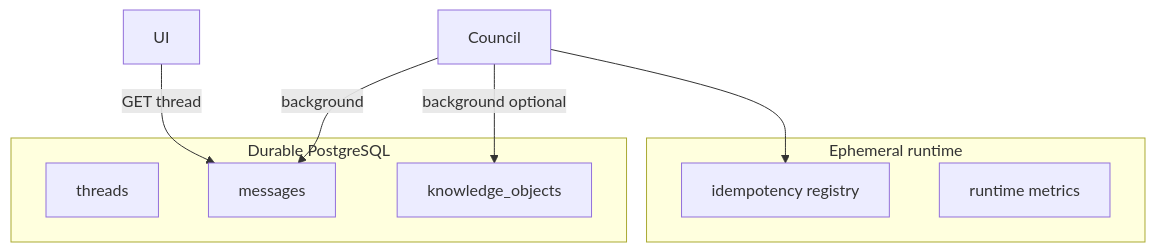
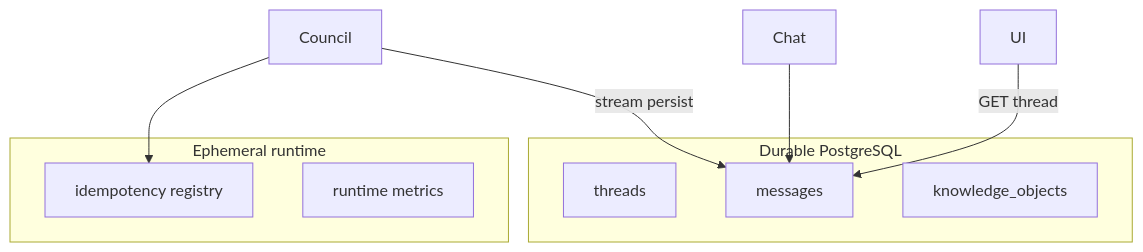
Before and after one commit to mezuzaapp1-code/ben-v2: the third of 4 diagrams in docs/BEN_SYSTEM_MAP.md, drawn with Mermaid. The commit also changed other lines of this file and 229 other files, not shown here.

````diff
--- a/docs/BEN_SYSTEM_MAP.md
+++ b/docs/BEN_SYSTEM_MAP.md
@@ -245,16 +259,16 @@
 ```mermaid
 flowchart TB
   subgraph durable [Durable PostgreSQL]
     T[threads]
     M[messages]
     KO[knowledge_objects]
   end
   subgraph ephemeral [Ephemeral runtime]
     IDEM[idempotency registry]
     MET[runtime metrics]
   end
-  Council -->|background| M
-  Council -->|background optional| KO
+  Council -->|stream persist| M
+  Chat --> M
   Council --> IDEM
   UI -->|GET thread| M
 ```
````
